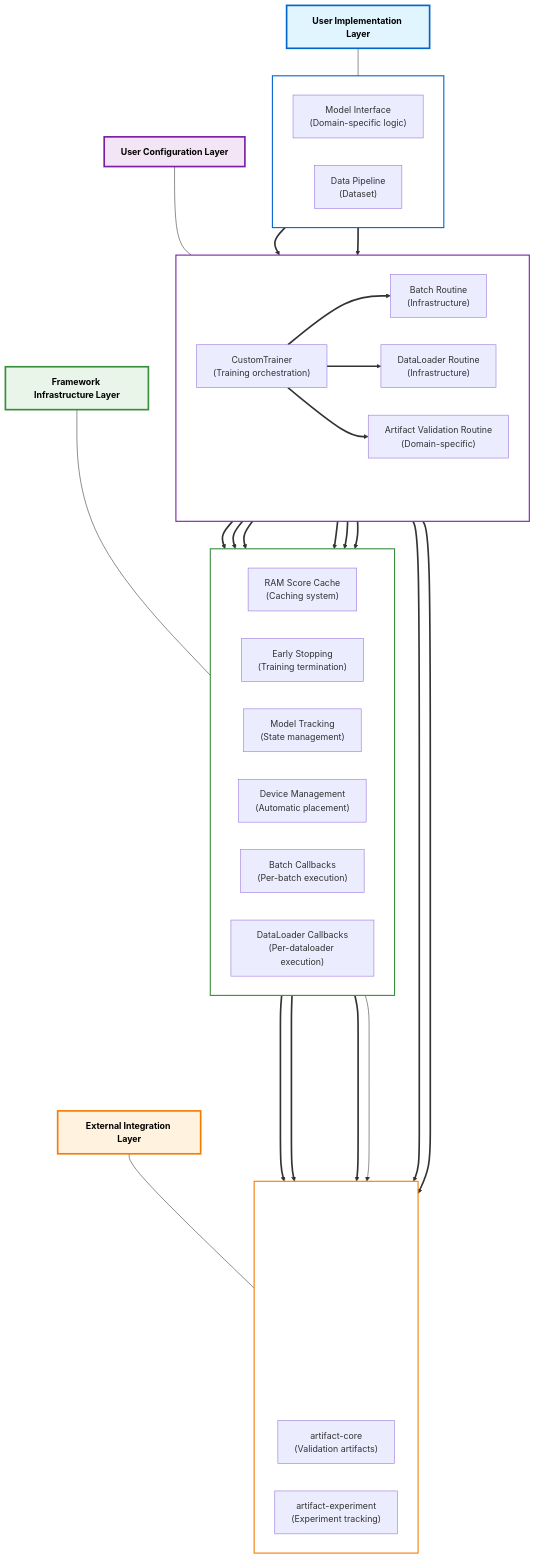
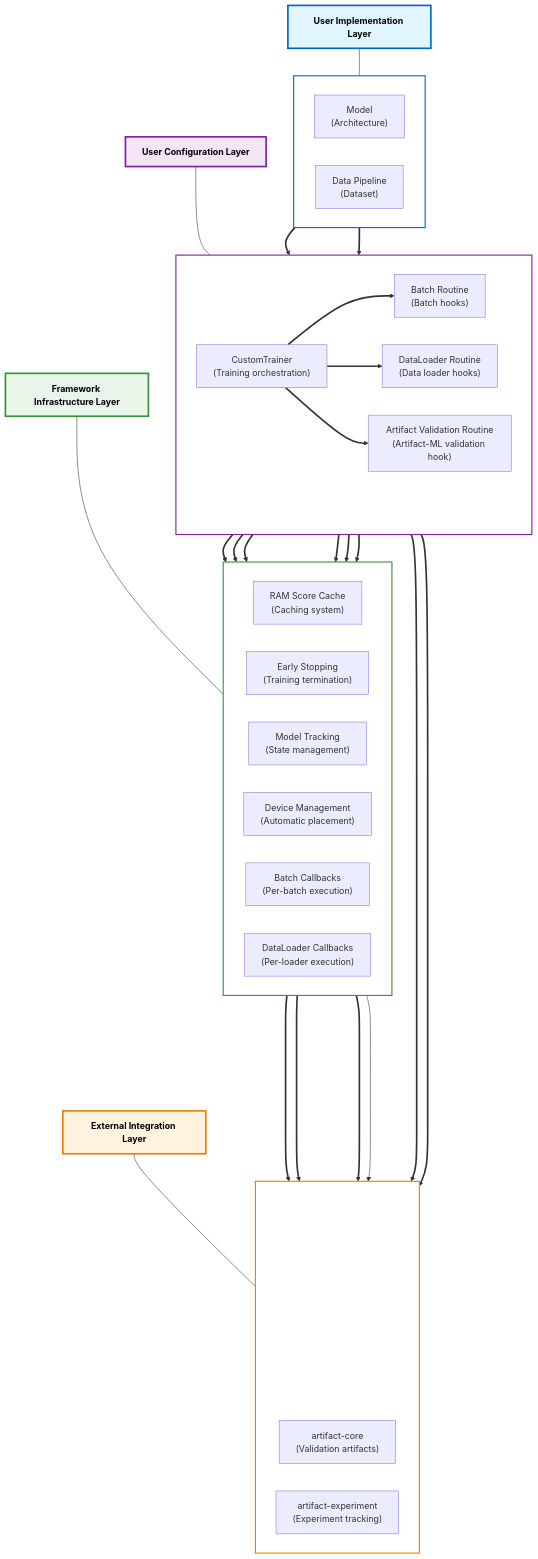
One commit to vasileios-ektor-papoulias/artifact-ml changed the diagram in artifact-torch/README.md. Above: the diagram before and after it, drawn with Mermaid.

Commit message:
Update descriptions

```diff
--- a/artifact-torch/README.md
+++ b/artifact-torch/README.md
@@ -45,7 +45,7 @@
     %% Layer groupings with better horizontal distribution
     subgraph impl [" "]
         direction LR
-        Model["Model Interface<br/>(Domain-specific logic)"]
+        Model["Model<br/>(Architecture)"]
         Data["Data Pipeline<br/>(Dataset)"]
     end
     
@@ -53,9 +53,9 @@
         direction LR
         Trainer["CustomTrainer<br/>(Training orchestration)"]
         ConfigSpacer[" "]
-        BatchRoutine["Batch Routine<br/>(Infrastructure)"]
-        DataLoaderRoutine["DataLoader Routine<br/>(Infrastructure)"]
-        ArtifactRoutine["Artifact Validation Routine<br/>(Domain-specific)"]
+        BatchRoutine["Batch Routine<br/>(Batch hooks)"]
+        DataLoaderRoutine["DataLoader Routine<br/>(Data loader hooks)"]
+        ArtifactRoutine["Artifact Validation Routine<br/>(Artifact-ML validation hook)"]
     end
     
     subgraph infra [" "]
@@ -65,7 +65,7 @@
         ModelTracking["Model Tracking<br/>(State management)"]
         Device["Device Management<br/>(Automatic placement)"]
         BatchCallbacks["Batch Callbacks<br/>(Per-batch execution)"]
-        DataLoaderCallbacks["DataLoader Callbacks<br/>(Per-dataloader execution)"]
+        DataLoaderCallbacks["DataLoader Callbacks<br/>(Per-loader execution)"]
     end
     
     subgraph external [" "]
```
